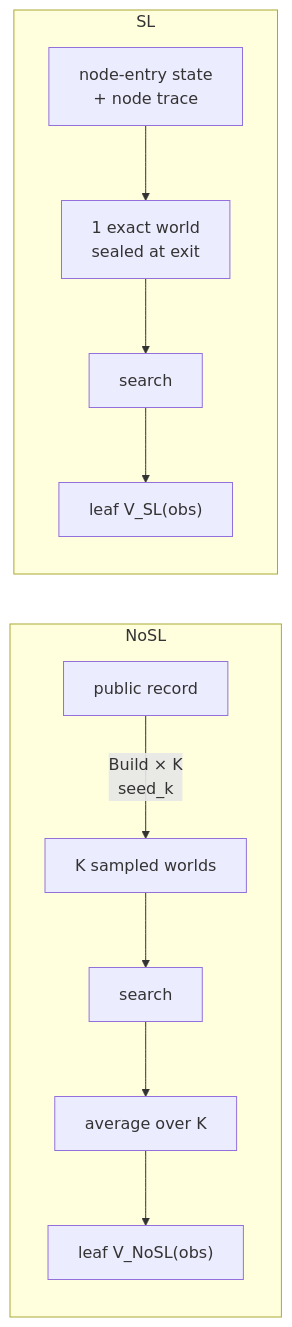
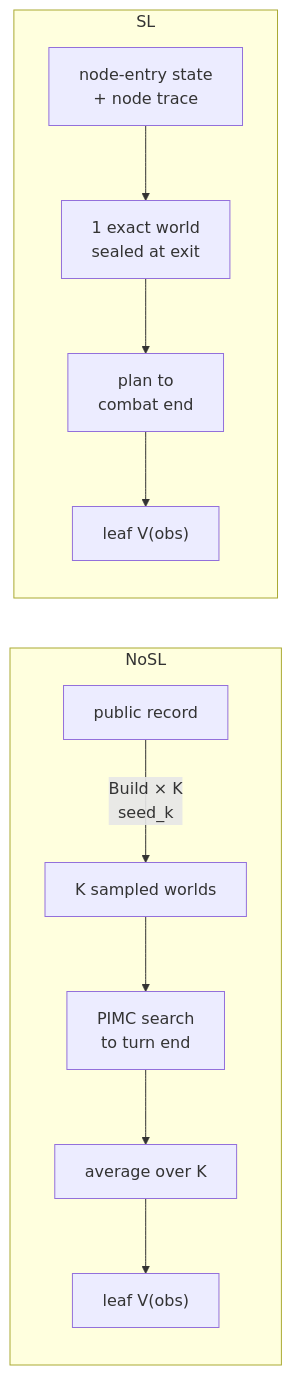
One commit to shinnku-nikaidou/spire-zero changed the diagram in docs/src/content/docs/en/arch/environments.mdx. Above: the diagram before and after it, drawn with Mermaid. The commit also changed other lines of this file and 17 other files, not shown here.

````diff
--- a/docs/src/content/docs/en/arch/environments.mdx
+++ b/docs/src/content/docs/en/arch/environments.mdx
@@ -105,11 +105,11 @@
 ```mermaid
 flowchart LR
   subgraph NoSL
     R["public record"] -->|"Build × K<br/>seed_k"| W["K sampled worlds"]
-    W --> S1["search"] --> A["average over K"] --> L1["leaf V_NoSL(obs)"]
+    W --> S1["PIMC search<br/>to turn end"] --> A["average over K"] --> L1["leaf V(obs)"]
   end
   subgraph SL
     E["node-entry state<br/>+ node trace"] --> C["1 exact world<br/>sealed at exit"]
-    C --> S2["search"] --> L2["leaf V_SL(obs)"]
+    C --> S2["plan to<br/>combat end"] --> L2["leaf V(obs)"]
   end
 ```
````
